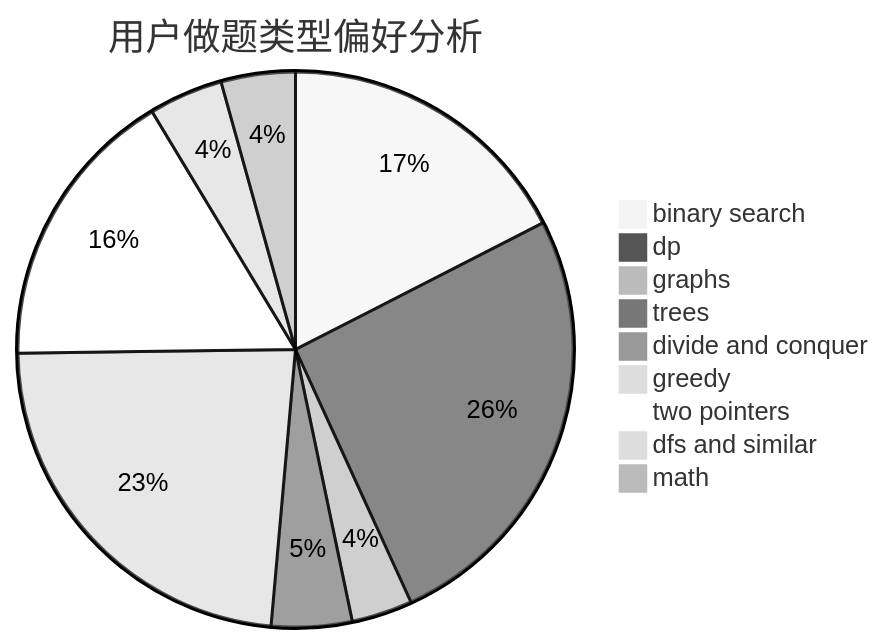
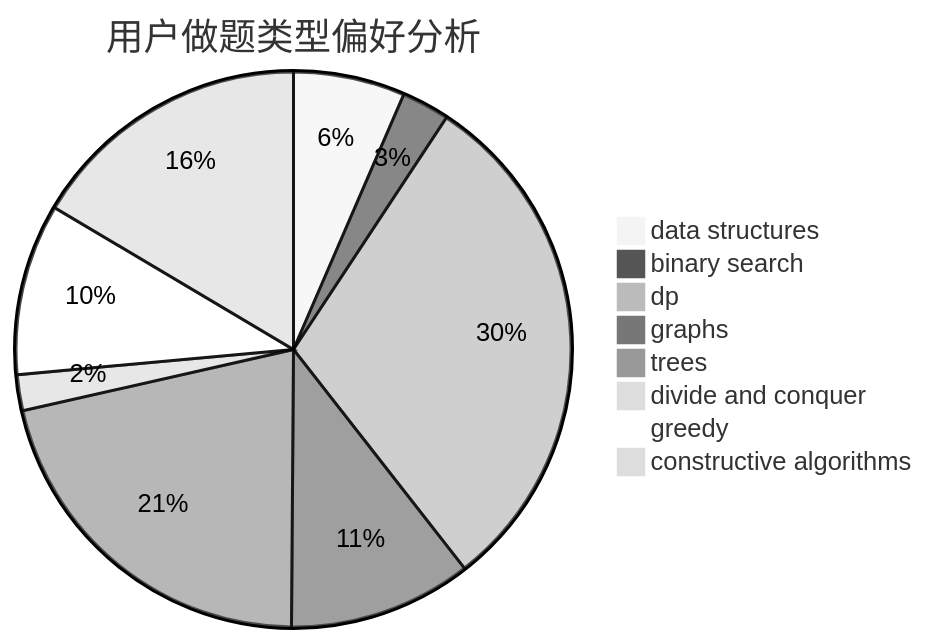
The second of 3 diagrams in docs/user/u1748.md (sherpahu/cfrs.github.io), drawn with Mermaid (neutral theme) before and after one commit. The commit also changed other lines of this file and 2775 other files, not shown here.

````diff
--- a/docs/user/u1748.md
+++ b/docs/user/u1748.md
@@ -23,12 +23,11 @@
 ```mermaid
 pie title 用户做题类型偏好分析
-    "binary search" :  429
-    "dp" :  631
-    "graphs" :  87
-    "trees" :  115
-    "divide and conquer" :  18
-    "greedy" :  574
-    "two pointers" :  407
-    "dfs and similar" :  106
-    "math" :  106
+    "data structures" :  28
+    "binary search" :  12
+    "dp" :  130
+    "graphs" :  46
+    "trees" :  92
+    "divide and conquer" :  9
+    "greedy" :  43
+    "constructive algorithms" :  71
 ```
````
